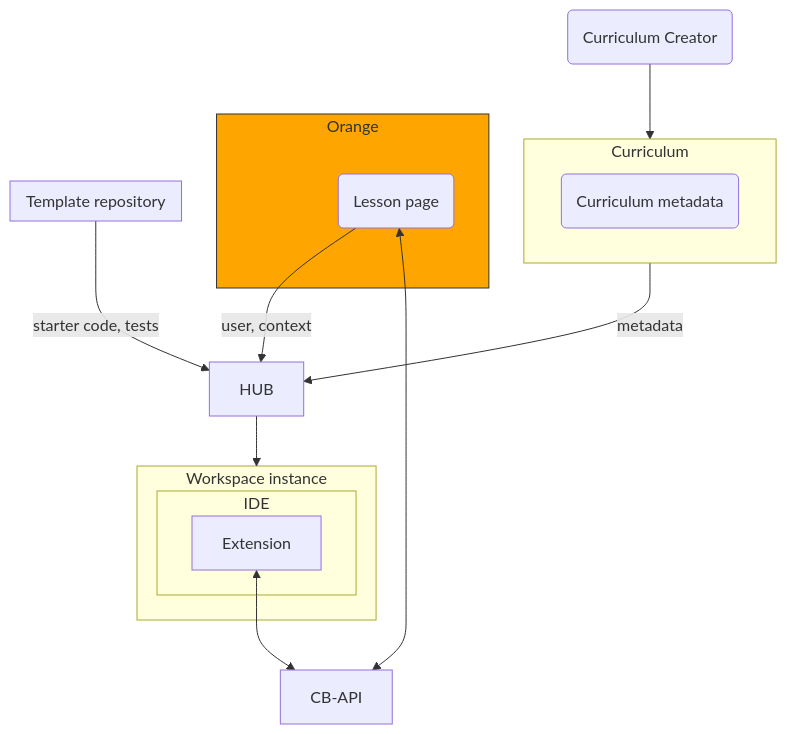
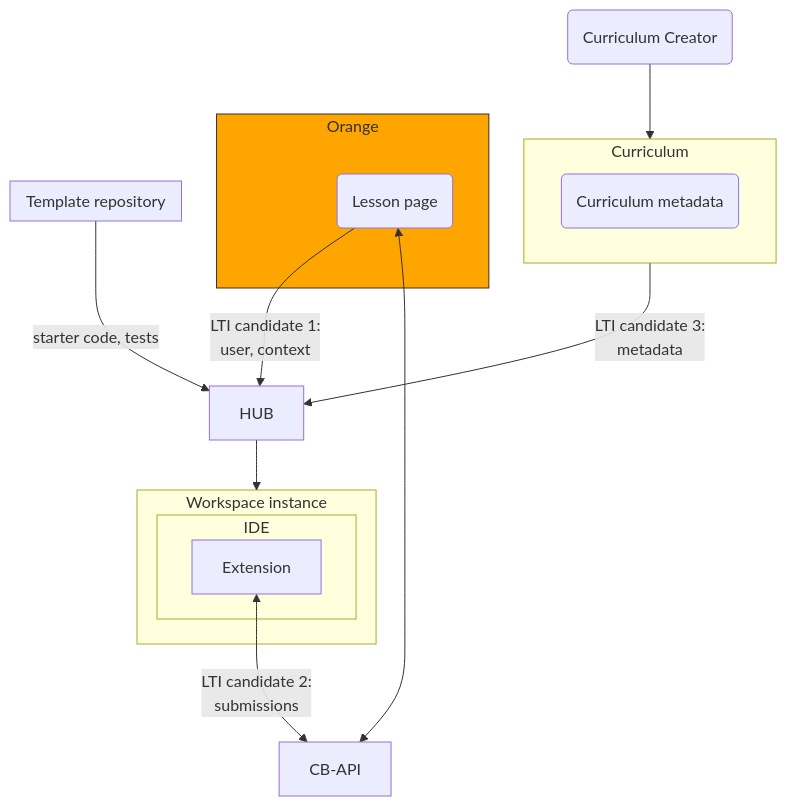
The diagram in README.md (CodeBerrySchool/Toolkit-flowcharts), drawn with Mermaid before and after one commit.

Commit message:
add LTI candidate label to arrows

````diff
--- a/README.md
+++ b/README.md
@@ -3,30 +3,30 @@
 ```mermaid
 flowchart TB
   
   subgraph Orange
     Lesson(Lesson page)
   end
   
   subgraph Workspace [Workspace instance]
     subgraph IDE
       Extension
     end
   end
   
   subgraph Curriculum
     id1(Curriculum metadata)
   end
 
   subgraph Templates [Template repository]
   end
   
   Creator(Curriculum Creator) --> Curriculum
-  Extension <--> CB-API
-  Lesson --> |user, context| HUB
+  Extension <--> |LTI candidate 2: <br /> submissions| CB-API
+  Lesson --> |LTI candidate 1: <br /> user, context| HUB
   Lesson <--> CB-API
   HUB --> Workspace
-  Curriculum --> |metadata| HUB
+  Curriculum --> |LTI candidate 3: <br /> metadata| HUB
   Templates --> |starter code, tests| HUB
   
   style Orange fill:#FFA500,stroke:#333
 ```
````
